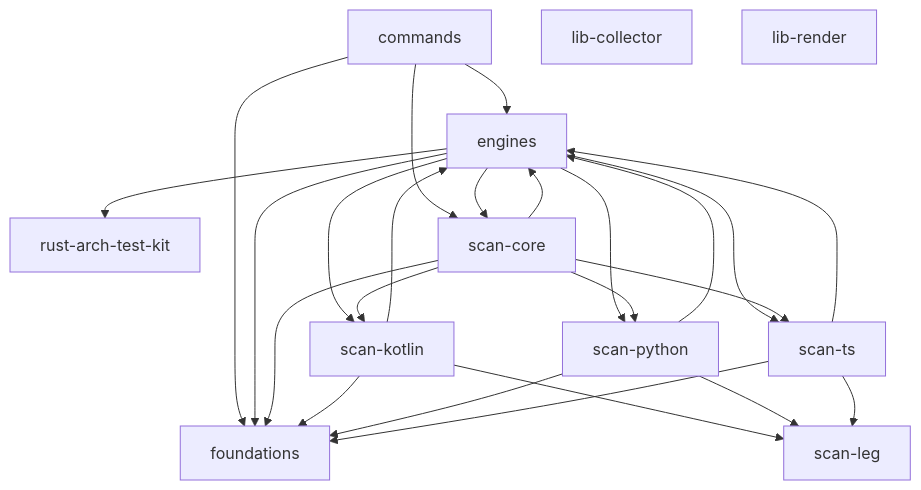
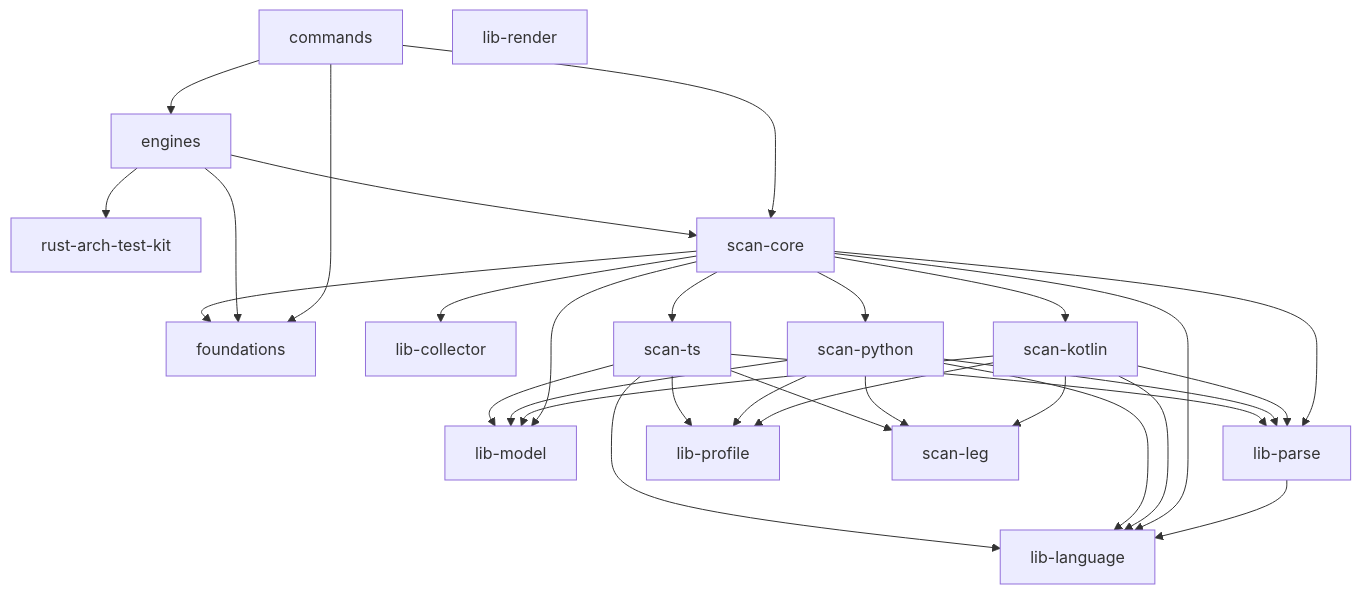
Before and after one commit to mateuszwrobel/archspec: the diagram in docs/archspec/diagram.mmd, drawn with Mermaid. The commit also changed 79 other files, not shown here.

```diff
--- a/docs/archspec/diagram.mmd
+++ b/docs/archspec/diagram.mmd
@@ -1,35 +1,46 @@
 graph TD
   commands
   engines
   foundations
   lib_collector_f6e3372d["lib-collector"]
+  lib_language_a19b45bf["lib-language"]
+  lib_model_2c8e5d4c["lib-model"]
+  lib_parse_bdb7bf31["lib-parse"]
+  lib_profile_a1652a73["lib-profile"]
   lib_render_e7a72dae["lib-render"]
   rust_arch_test_kit_35b16f27["rust-arch-test-kit"]
   scan_core_15ce7974["scan-core"]
   scan_kotlin_bbaecaa3["scan-kotlin"]
   scan_leg_9104ed81["scan-leg"]
   scan_python_3afe26b9["scan-python"]
   scan_ts_333931d0["scan-ts"]
   commands --> engines
   commands --> foundations
   commands --> scan_core_15ce7974
   engines --> foundations
   engines --> rust_arch_test_kit_35b16f27
   engines --> scan_core_15ce7974
-  engines --> scan_kotlin_bbaecaa3
-  engines --> scan_python_3afe26b9
-  engines --> scan_ts_333931d0
-  scan_core_15ce7974 --> engines
+  lib_parse_bdb7bf31 --> lib_language_a19b45bf
   scan_core_15ce7974 --> foundations
+  scan_core_15ce7974 --> lib_collector_f6e3372d
+  scan_core_15ce7974 --> lib_language_a19b45bf
+  scan_core_15ce7974 --> lib_model_2c8e5d4c
+  scan_core_15ce7974 --> lib_parse_bdb7bf31
   scan_core_15ce7974 --> scan_kotlin_bbaecaa3
   scan_core_15ce7974 --> scan_python_3afe26b9
   scan_core_15ce7974 --> scan_ts_333931d0
-  scan_kotlin_bbaecaa3 --> engines
-  scan_kotlin_bbaecaa3 --> foundations
+  scan_kotlin_bbaecaa3 --> lib_language_a19b45bf
+  scan_kotlin_bbaecaa3 --> lib_model_2c8e5d4c
+  scan_kotlin_bbaecaa3 --> lib_parse_bdb7bf31
+  scan_kotlin_bbaecaa3 --> lib_profile_a1652a73
   scan_kotlin_bbaecaa3 --> scan_leg_9104ed81
-  scan_python_3afe26b9 --> engines
-  scan_python_3afe26b9 --> foundations
+  scan_python_3afe26b9 --> lib_language_a19b45bf
+  scan_python_3afe26b9 --> lib_model_2c8e5d4c
+  scan_python_3afe26b9 --> lib_parse_bdb7bf31
+  scan_python_3afe26b9 --> lib_profile_a1652a73
   scan_python_3afe26b9 --> scan_leg_9104ed81
-  scan_ts_333931d0 --> engines
-  scan_ts_333931d0 --> foundations
+  scan_ts_333931d0 --> lib_language_a19b45bf
+  scan_ts_333931d0 --> lib_model_2c8e5d4c
+  scan_ts_333931d0 --> lib_parse_bdb7bf31
+  scan_ts_333931d0 --> lib_profile_a1652a73
   scan_ts_333931d0 --> scan_leg_9104ed81
```
